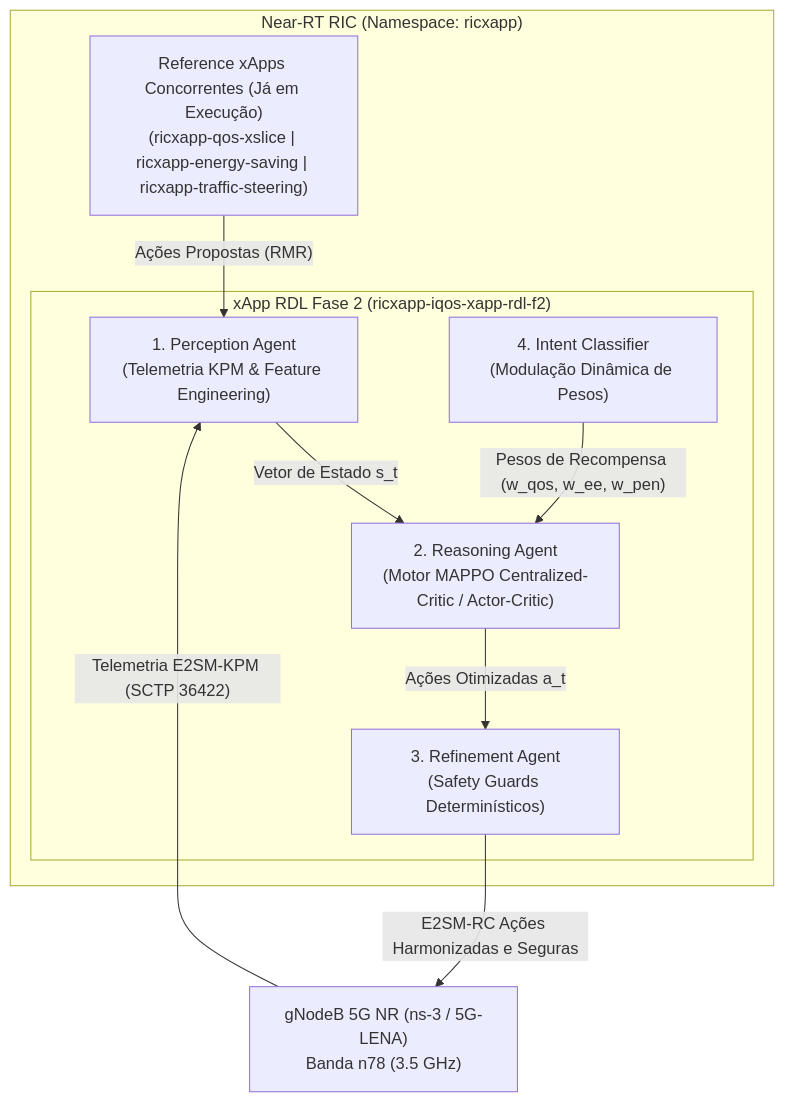
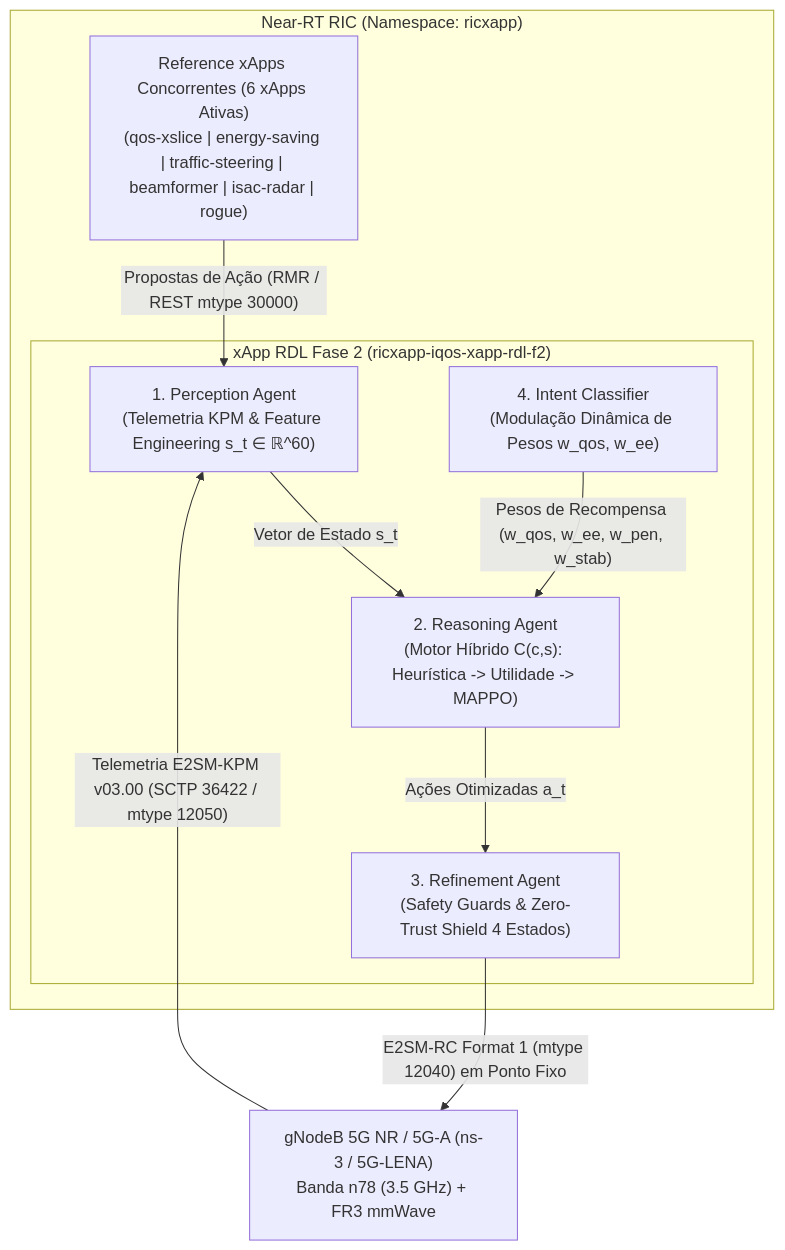
Before and after one commit to georgebarbosa3090/XApp-RDL-F2: the diagram in README.md, drawn with Mermaid. The commit also changed other lines of this file and 45 other files, not shown here.

Commit message:
feat(docs,core,deploy): reorganize 17-volume docs sequence, purge mocks, fix container runtime lifecycle and rmr routing

````diff
--- a/README.md
+++ b/README.md
@@ -32,21 +32,21 @@
 ```mermaid
 flowchart TD
     subgraph NearRTRIC["Near-RT RIC (Namespace: ricxapp)"]
         subgraph RDL_F2["xApp RDL Fase 2 (ricxapp-iqos-xapp-rdl-f2)"]
-            PA["1. Perception Agent<br/>(Telemetria KPM & Feature Engineering)"]
-            RA["2. Reasoning Agent<br/>(Motor MAPPO Centralized-Critic / Actor-Critic)"]
-            RE["3. Refinement Agent<br/>(Safety Guards Determinísticos)"]
-            IC["4. Intent Classifier<br/>(Modulação Dinâmica de Pesos)"]
+            PA["1. Perception Agent<br/>(Telemetria KPM & Feature Engineering s_t ∈ ℝ^60)"]
+            RA["2. Reasoning Agent<br/>(Motor Híbrido C(c,s): Heurística -> Utilidade -> MAPPO)"]
+            RE["3. Refinement Agent<br/>(Safety Guards & Zero-Trust Shield 4 Estados)"]
+            IC["4. Intent Classifier<br/>(Modulação Dinâmica de Pesos w_qos, w_ee)"]
         end
 
-        XAPPS["Reference xApps Concorrentes (Já em Execução)<br/>(ricxapp-qos-xslice | ricxapp-energy-saving | ricxapp-traffic-steering)"]
+        XAPPS["Reference xApps Concorrentes (6 xApps Ativas)<br/>(qos-xslice | energy-saving | traffic-steering | beamformer | isac-radar | rogue)"]
     end
 
-    gNB["gNodeB 5G NR (ns-3 / 5G-LENA)<br/>Banda n78 (3.5 GHz)"]
-    gNB -->|"Telemetria E2SM-KPM (SCTP 36422)"| PA
-    XAPPS -->|"Ações Propostas (RMR)"| PA
+    gNB["gNodeB 5G NR / 5G-A (ns-3 / 5G-LENA)<br/>Banda n78 (3.5 GHz) + FR3 mmWave"]
+    gNB -->|"Telemetria E2SM-KPM v03.00 (SCTP 36422 / mtype 12050)"| PA
+    XAPPS -->|"Propostas de Ação (RMR / REST mtype 30000)"| PA
     PA -->|"Vetor de Estado s_t"| RA
-    IC -->|"Pesos de Recompensa (w_qos, w_ee, w_pen)"| RA
+    IC -->|"Pesos de Recompensa (w_qos, w_ee, w_pen, w_stab)"| RA
     RA -->|"Ações Otimizadas a_t"| RE
-    RE -->|"E2SM-RC Ações Harmonizadas e Seguras"| gNB
+    RE -->|"E2SM-RC Format 1 (mtype 12040) em Ponto Fixo"| gNB
 ```
````
